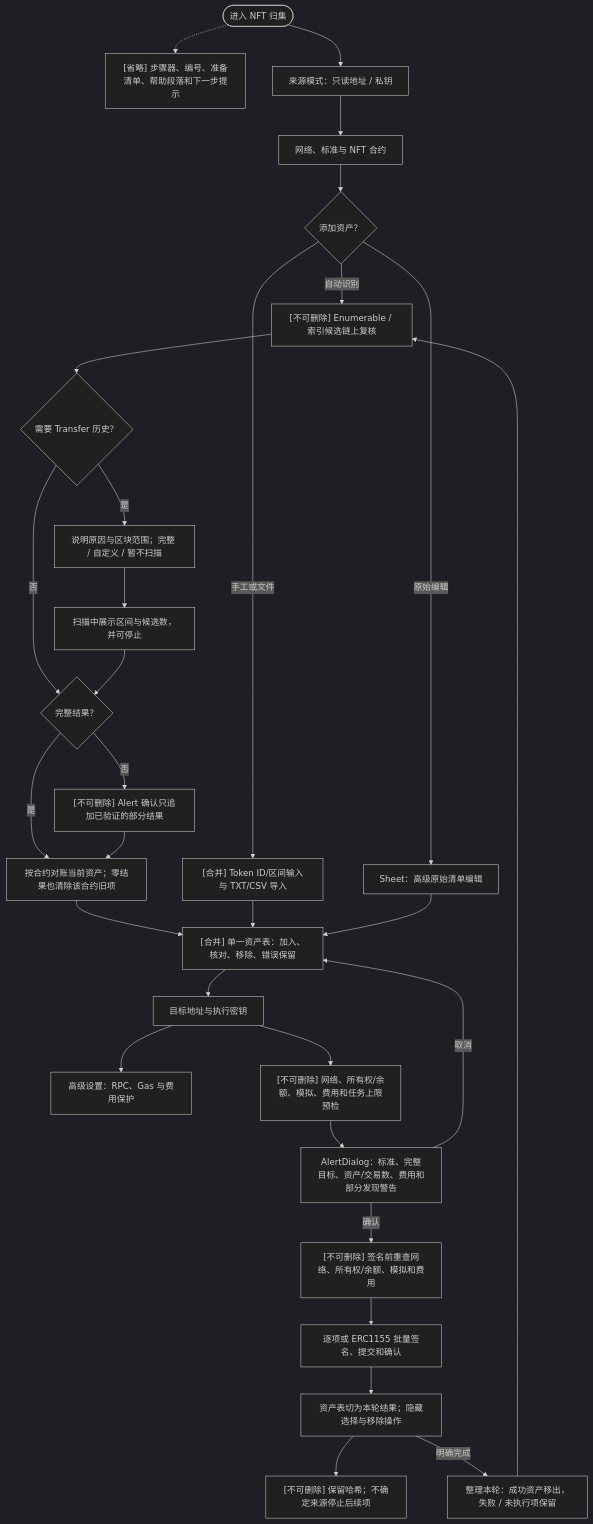
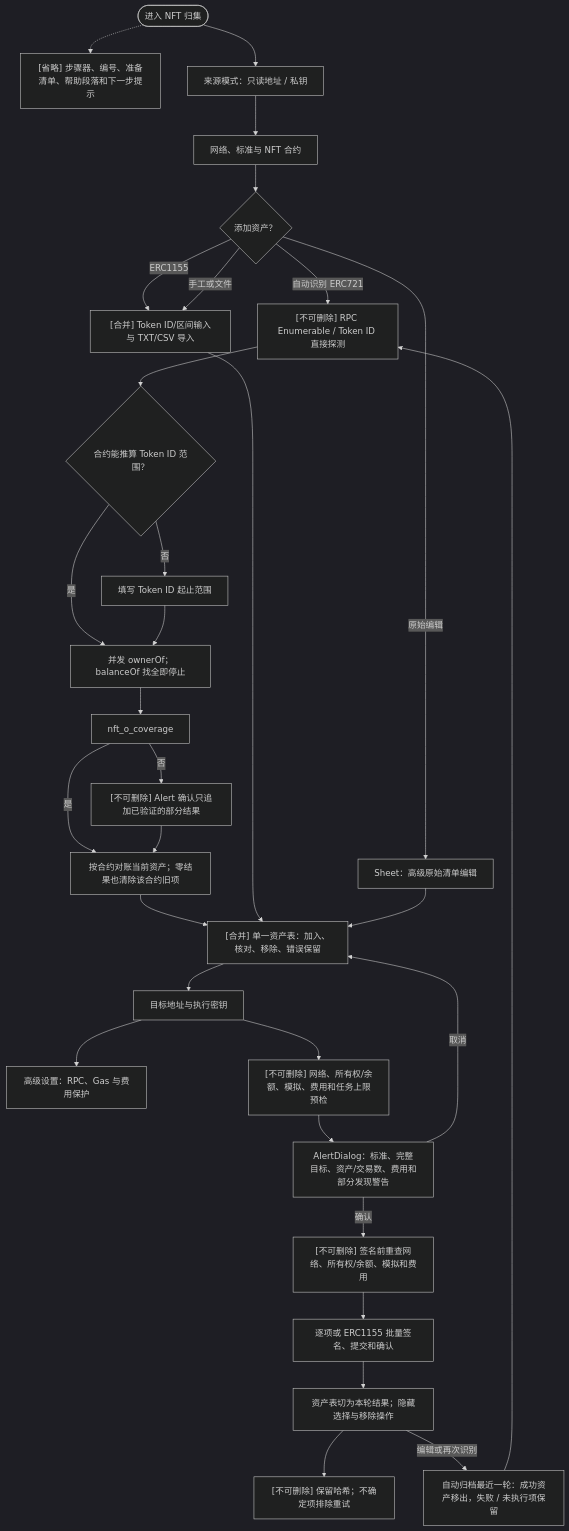
The eighth of 12 diagrams in docs/feature-flows.md (ioiv/batch_send), drawn with Mermaid (dark theme) before and after one commit. The commit also changed other lines of this file and 29 other files, not shown here.

````diff
--- a/docs/feature-flows.md
+++ b/docs/feature-flows.md
@@ -337,32 +337,33 @@
 ```mermaid
 flowchart TD
   nft_o_start(["进入 NFT 归集"]) -.-> nft_o_omit["[省略] 步骤器、编号、准备清单、帮助段落和下一步提示"]
   nft_o_start --> nft_o_source["来源模式：只读地址 / 私钥"]
   nft_o_source --> nft_o_context["网络、标准与 NFT 合约"]
   nft_o_context --> nft_o_method{"添加资产？"}
-  nft_o_method -->|自动识别| nft_o_discover["[不可删除] Enumerable / 索引候选链上复核"]
-  nft_o_discover --> nft_o_history{"需要 Transfer 历史？"}
-  nft_o_history -->|是| nft_o_range["说明原因与区块范围；完整 / 自定义 / 暂不扫描"]
-  nft_o_range --> nft_o_stop["扫描中展示区间与候选数，并可停止"]
-  nft_o_history -->|否| nft_o_coverage{"完整结果？"}
+  nft_o_method -->|自动识别 ERC721| nft_o_discover["[不可删除] RPC Enumerable / Token ID 直接探测"]
+  nft_o_discover --> nft_o_range{"合约能推算 Token ID 范围？"}
+  nft_o_range -->|否| nft_o_input["填写 Token ID 起止范围"]
+  nft_o_range -->|是| nft_o_stop["并发 ownerOf；balanceOf 找全即停止"]
+  nft_o_input --> nft_o_stop
+  nft_o_method -->|ERC1155| nft_o_combined
   nft_o_stop --> nft_o_coverage
   nft_o_coverage -->|否| nft_o_partial["[不可删除] Alert 确认只追加已验证的部分结果"]
   nft_o_coverage -->|是| nft_o_join["按合约对账当前资产；零结果也清除该合约旧项"]
   nft_o_partial --> nft_o_join
   nft_o_method -->|手工或文件| nft_o_combined["[合并] Token ID/区间输入与 TXT/CSV 导入"]
   nft_o_method -->|原始编辑| nft_o_sheet["Sheet：高级原始清单编辑"]
   nft_o_join --> nft_o_table["[合并] 单一资产表：加入、核对、移除、错误保留"]
   nft_o_combined --> nft_o_table
   nft_o_sheet --> nft_o_table
   nft_o_table --> nft_o_target["目标地址与执行密钥"]
   nft_o_target --> nft_o_advanced["高级设置：RPC、Gas 与费用保护"]
   nft_o_target --> nft_o_preflight["[不可删除] 网络、所有权/余额、模拟、费用和任务上限预检"]
   nft_o_preflight --> nft_o_dialog["AlertDialog：标准、完整目标、资产/交易数、费用和部分发现警告"]
   nft_o_dialog -->|取消| nft_o_table
   nft_o_dialog -->|确认| nft_o_recheck["[不可删除] 签名前重查网络、所有权/余额、模拟和费用"]
   nft_o_recheck --> nft_o_run["逐项或 ERC1155 批量签名、提交和确认"]
   nft_o_run --> nft_o_results["资产表切为本轮结果；隐藏选择与移除操作"]
-  nft_o_results --> nft_o_lock["[不可删除] 保留哈希；不确定来源停止后续项"]
-  nft_o_results -->|明确完成| nft_o_next["整理本轮：成功资产移出，失败 / 未执行项保留"]
+  nft_o_results --> nft_o_lock["[不可删除] 保留哈希；不确定项排除重试"]
+  nft_o_results -->|编辑或再次识别| nft_o_next["自动归档最近一轮：成功资产移出，失败 / 未执行项保留"]
   nft_o_next --> nft_o_discover
 ```
````
